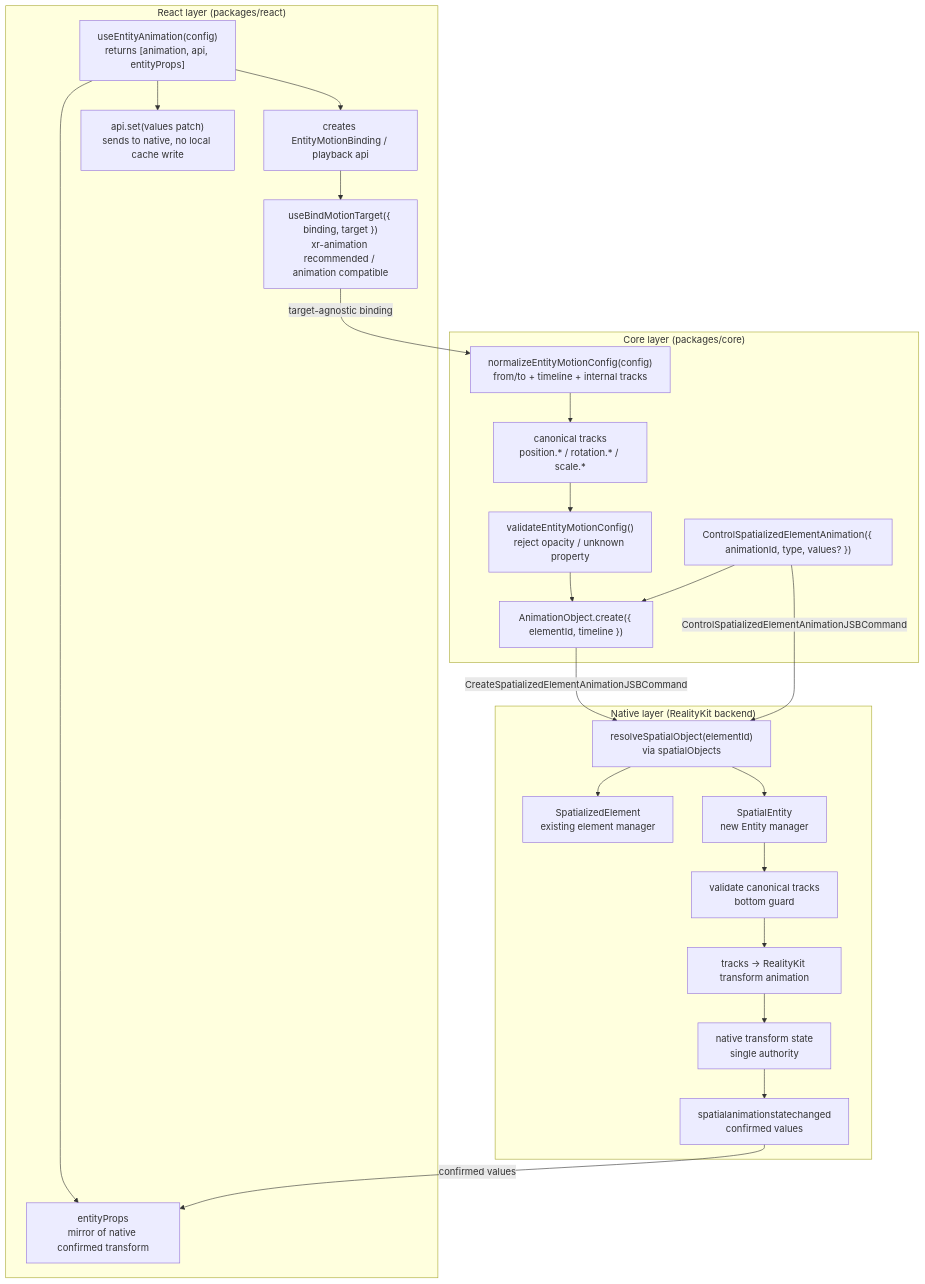
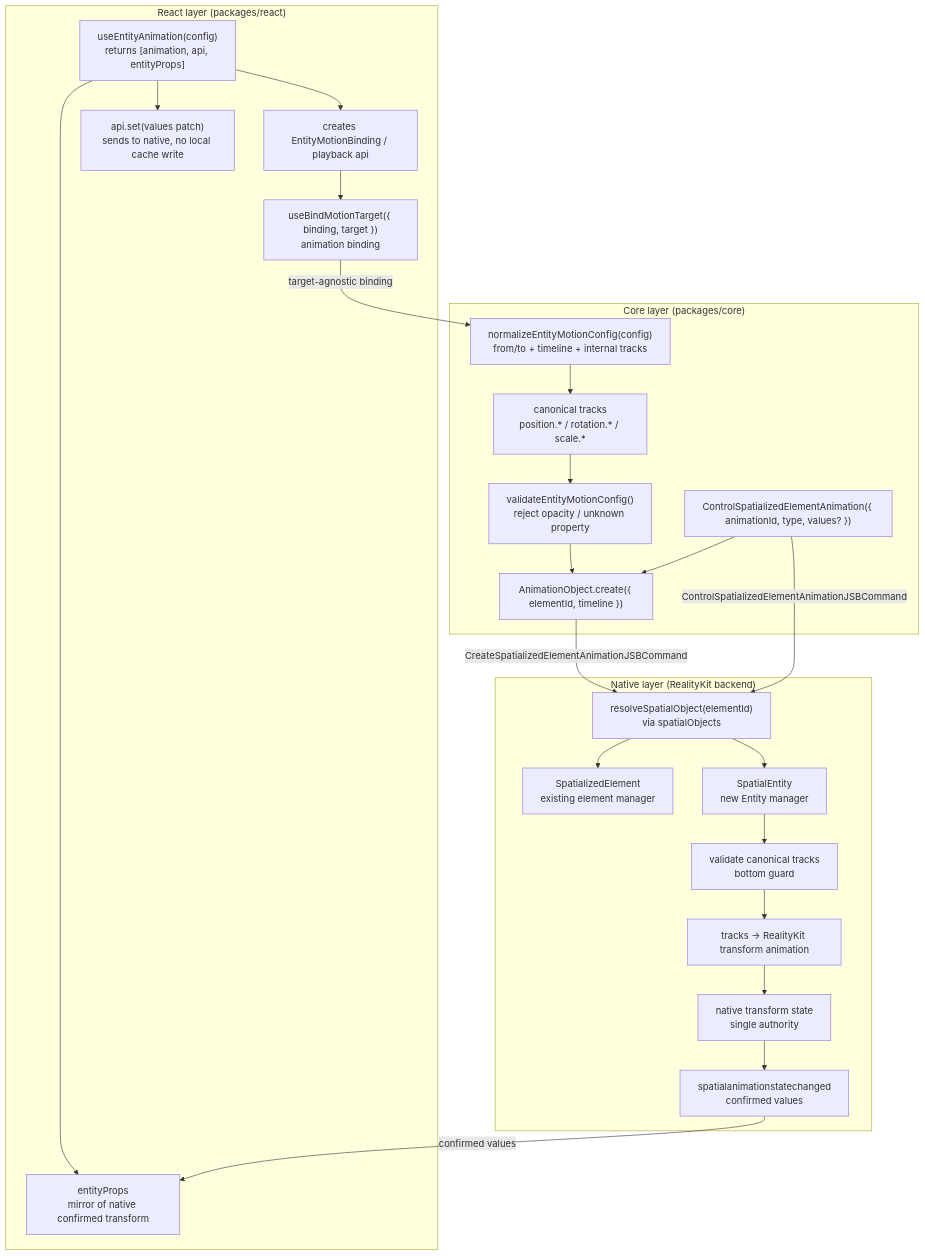
Before and after one commit to webspatial/webspatial-sdk: the first of 11 diagrams in openspec/changes/redesign-entity-motion-api/design.md, drawn with Mermaid. The commit also changed other lines of this file and 10 other files, not shown here.

````diff
--- a/openspec/changes/redesign-entity-motion-api/design.md
+++ b/openspec/changes/redesign-entity-motion-api/design.md
@@ -83,50 +83,50 @@
 ```mermaid
 flowchart TB
     subgraph React["React layer (packages/react)"]
         UseEntity["useEntityAnimation(config)<br/>returns [animation, api, entityProps]"]
         ReactBinding["creates EntityMotionBinding / playback api"]
         EntityProps["entityProps<br/>mirror of native confirmed transform"]
         ApiSet["api.set(values patch)<br/>sends to native, no local cache write"]
-        BindTarget["useBindMotionTarget({ binding, target })<br/>xr-animation recommended / animation compatible"]
+        BindTarget["useBindMotionTarget({ binding, target })<br/>animation binding"]
 
         UseEntity --> ReactBinding
         UseEntity --> EntityProps
         UseEntity --> ApiSet
         ReactBinding --> BindTarget
     end
 
     subgraph Core["Core layer (packages/core)"]
         Normalize["normalizeEntityMotionConfig(config)<br/>from/to + timeline + internal tracks"]
         Tracks["canonical tracks<br/>position.* / rotation.* / scale.*"]
         Validate["validateEntityMotionConfig()<br/>reject opacity / unknown property"]
         CreateObject["AnimationObject.create({ elementId, timeline })"]
         ControlObject["ControlSpatializedElementAnimation({ animationId, type, values? })"]
 
         Normalize --> Tracks
         Tracks --> Validate
         Validate --> CreateObject
         ControlObject --> CreateObject
     end
 
     subgraph Native["Native layer (RealityKit backend)"]
         Resolve["resolveSpatialObject(elementId)<br/>via spatialObjects"]
         ElementAdapter["SpatializedElement<br/>existing element manager"]
         EntityManager["SpatialEntity<br/>new Entity manager"]
         NativeValidate["validate canonical tracks<br/>bottom guard"]
         Compile["tracks -> RealityKit transform animation"]
         Authority["native transform state<br/>single authority"]
         Event["spatialanimationstatechanged<br/>confirmed values"]
 
         Resolve --> ElementAdapter
         Resolve --> EntityManager
         EntityManager --> NativeValidate
         NativeValidate --> Compile
         Compile --> Authority
         Authority --> Event
     end
 
     BindTarget -->|"target-agnostic binding"| Normalize
     CreateObject -->|"CreateSpatializedElementAnimationJSBCommand"| Resolve
     ControlObject -->|"ControlSpatializedElementAnimationJSBCommand"| Resolve
     Event -->|"confirmed values"| EntityProps
 ```
````
